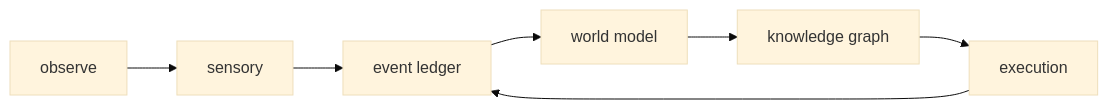
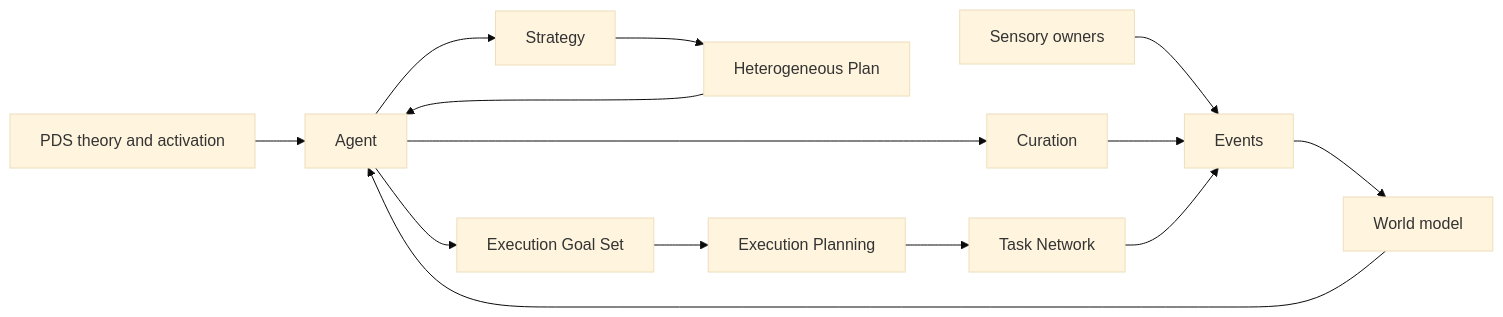
The diagram in design/cognitive_architecture/README.md (JerkyTreats/meld), drawn with Mermaid (base theme) before and after one commit. The commit also changed other lines of this file and 143 other files, not shown here.

First line of the commit message:
design(architecture): establish world model reconciliation as canonical

````diff
--- a/design/cognitive_architecture/README.md
+++ b/design/cognitive_architecture/README.md
@@ -27,9 +37,16 @@
 ```mermaid
 flowchart LR
-    O[observe] --> S[sensory]
-    S --> P[event ledger]
-    P --> W[world model]
-    W --> K[knowledge graph]
-    K --> E[execution]
-    E --> P
+    PDS[PDS theory and activation] --> AG[Agent]
+    S[Sensory owners] --> EV[Events]
+    EV --> WM[World model]
+    WM --> AG
+    AG --> ST[Strategy]
+    ST --> PL[Heterogeneous Plan]
+    PL --> AG
+    AG --> CU[Curation]
+    CU --> EV
+    AG --> GS[Execution Goal Set]
+    GS --> EP[Execution Planning]
+    EP --> TN[Task Network]
+    TN --> EV
 ```
````
